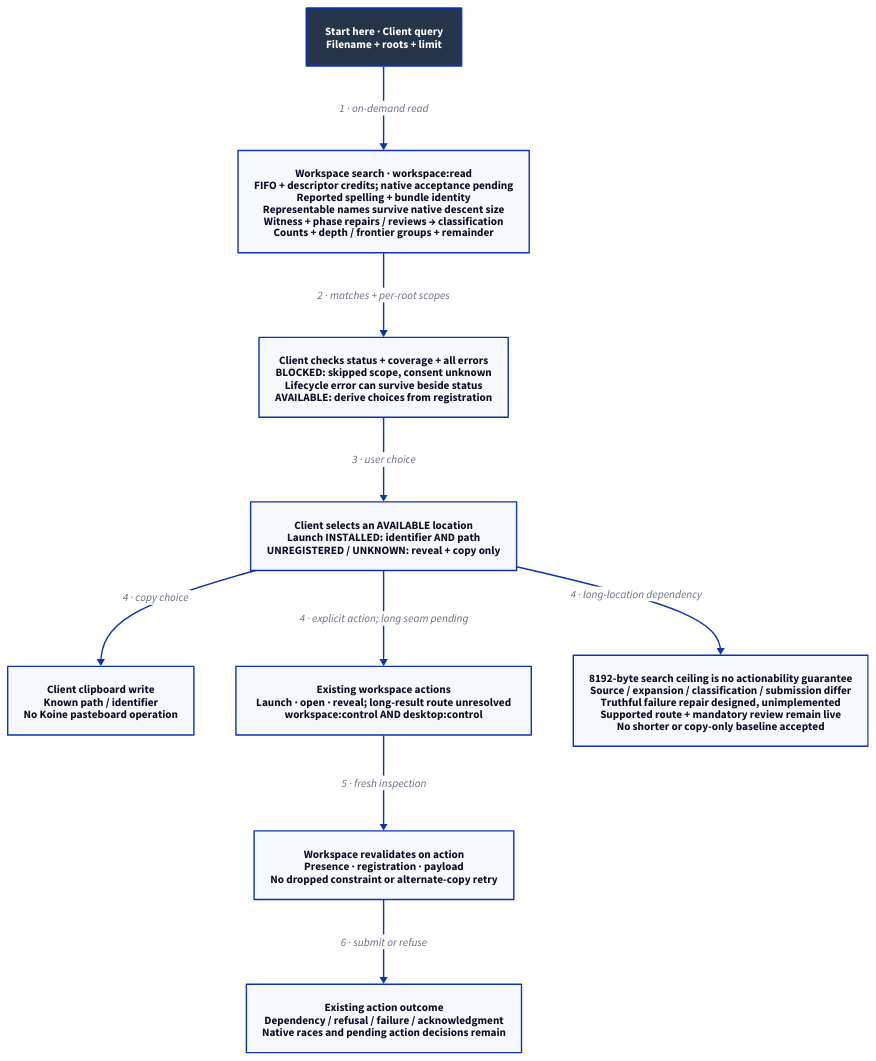
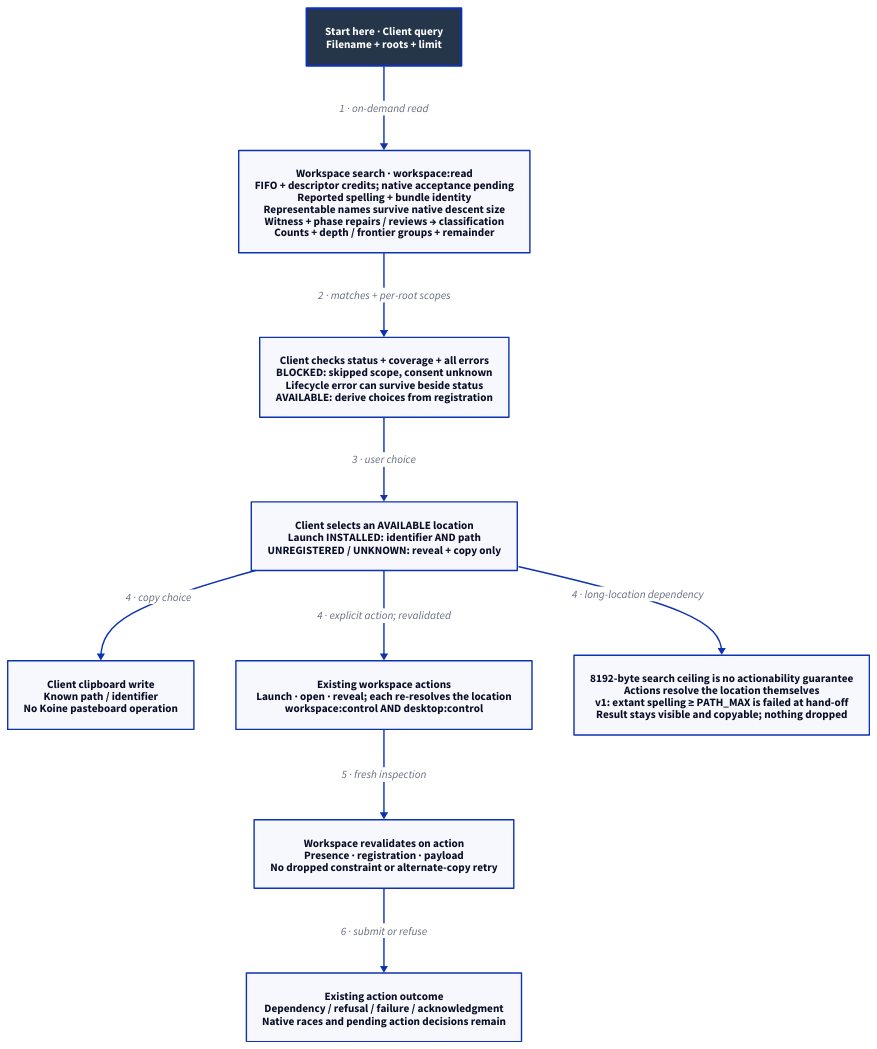
One commit to Linkuistics/Koine changed the diagram in docs/design/architecture/search-handoff.d2. Above: the diagram before and after it, drawn with D2. The commit also changed 30 other files, not shown here.

First line of the commit message:
Design v1 long-location actions: resolve truthfully, refuse at application hand-off (long-action-route-k165)

```diff
--- a/docs/design/architecture/search-handoff.d2
+++ b/docs/design/architecture/search-handoff.d2
@@ -1,22 +1,22 @@
 # Designed component/data handoff. Source roles, not deployment containers.
 direction: down
 classes: {
   start: {style: {fill: "#25364B"; font-color: "#FFFFFF"; bold: true; stroke-width: 3}}
 }
 Start: "Start here · Client query\nFilename + roots + limit" {class: start}
 Search: "Workspace search · workspace:read\nFIFO + descriptor credits; native acceptance pending\nReported spelling + bundle identity\nRepresentable names survive native descent size\nWitness + phase repairs / reviews → classification\nCounts + depth / frontier groups + remainder"
 Choices: "Client checks status + coverage + all errors\nBLOCKED: skipped scope, consent unknown\nLifecycle error can survive beside status\nAVAILABLE: derive choices from registration"
 Selected: "Client selects an AVAILABLE location\nLaunch INSTALLED: identifier AND path\nUNREGISTERED / UNKNOWN: reveal + copy only"
 Clipboard: "Client clipboard write\nKnown path / identifier\nNo Koine pasteboard operation"
-Action: "Existing workspace actions\nLaunch · open · reveal; long-result route unresolved\nworkspace:control AND desktop:control"
+Action: "Existing workspace actions\nLaunch · open · reveal; each re-resolves the location\nworkspace:control AND desktop:control"
 Revalidate: "Workspace revalidates on action\nPresence · registration · payload\nNo dropped constraint or alternate-copy retry"
 Outcome: "Existing action outcome\nDependency / refusal / failure / acknowledgment\nNative races and pending action decisions remain"
 Start -> Search: "1 · on-demand read"
 Search -> Choices: "2 · matches + per-root scopes"
 Choices -> Selected: "3 · user choice"
 Selected -> Clipboard: "4 · copy choice"
-Long: "8192-byte search ceiling is no actionability guarantee\nSource / expansion / classification / submission differ\nTruthful failure repair designed, unimplemented\nSupported route + mandatory review remain live\nNo shorter or copy-only baseline accepted"
+Long: "8192-byte search ceiling is no actionability guarantee\nActions resolve the location themselves\nv1: extant spelling ≥ PATH_MAX is failed at hand-off\nResult stays visible and copyable; nothing dropped"
 Selected -> Long: "4 · long-location dependency"
-Selected -> Action: "4 · explicit action; long seam pending"
+Selected -> Action: "4 · explicit action; revalidated"
 Action -> Revalidate: "5 · fresh inspection"
 Revalidate -> Outcome: "6 · submit or refuse"
```
